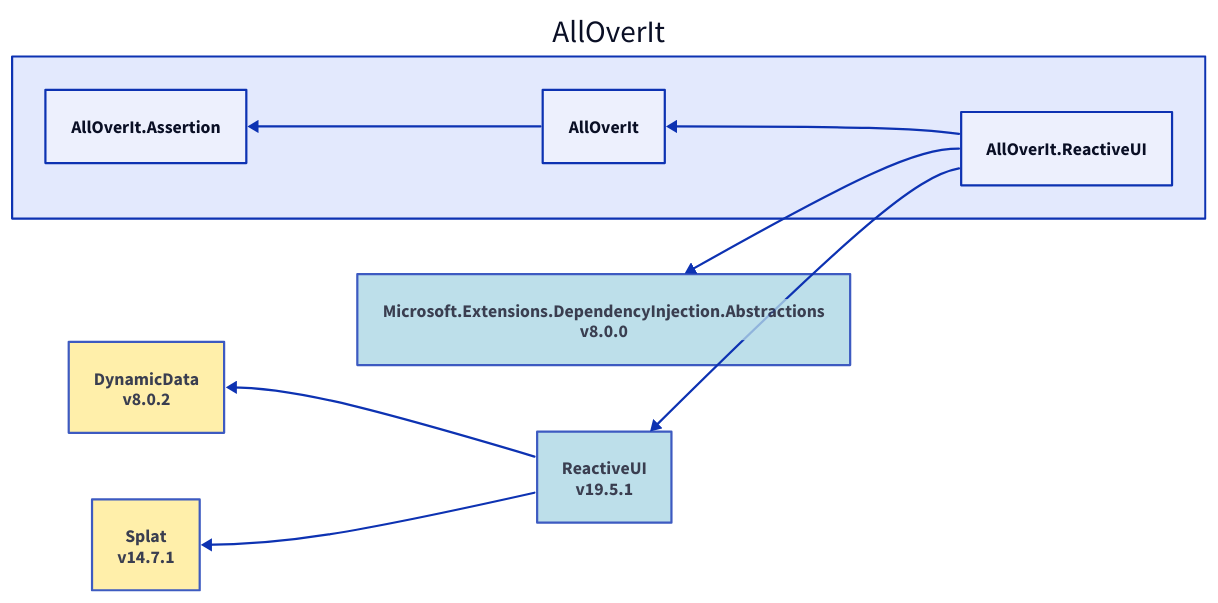
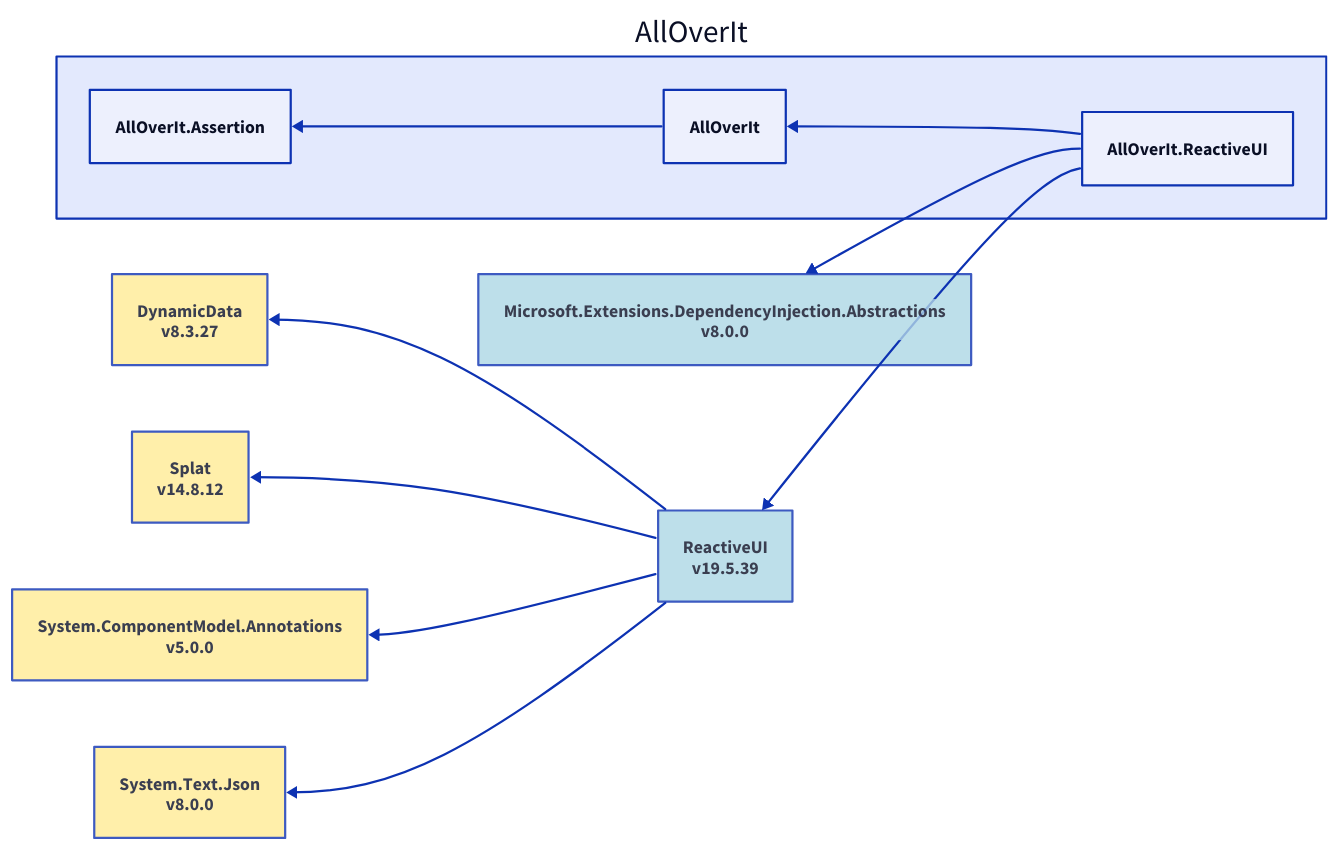
The diagram in Docs/Reference/Content/images/dependencies/net8.0/alloverit-reactiveui.d2 (mjfreelancing/AllOverIt), drawn with D2 before and after one commit. The commit also changed 56 other files, not shown here.

```diff
--- a/Docs/Reference/Content/images/dependencies/net8.0/alloverit-reactiveui.d2
+++ b/Docs/Reference/Content/images/dependencies/net8.0/alloverit-reactiveui.d2
@@ -1,24 +1,32 @@
 direction: left
 
 aoi: AllOverIt
 aoi.alloverit-reactiveui: AllOverIt.ReactiveUI
 microsoft-extensions-dependencyinjection-abstractions_8-0-0: Microsoft.Extensions.DependencyInjection.Abstractions\nv8.0.0
 microsoft-extensions-dependencyinjection-abstractions_8-0-0.style.fill: "#ADD8E6"
 microsoft-extensions-dependencyinjection-abstractions_8-0-0.style.opacity: 0.8
 microsoft-extensions-dependencyinjection-abstractions_8-0-0 <- aoi.alloverit-reactiveui
-reactiveui_19-5-1: ReactiveUI\nv19.5.1
-reactiveui_19-5-1.style.fill: "#ADD8E6"
-reactiveui_19-5-1.style.opacity: 0.8
-dynamicdata_8-0-2: DynamicData\nv8.0.2
-dynamicdata_8-0-2.style.fill: "#FFEC96"
-dynamicdata_8-0-2.style.opacity: 0.8
-dynamicdata_8-0-2 <- reactiveui_19-5-1
-splat_14-7-1: Splat\nv14.7.1
-splat_14-7-1.style.fill: "#FFEC96"
-splat_14-7-1.style.opacity: 0.8
-splat_14-7-1 <- reactiveui_19-5-1
-reactiveui_19-5-1 <- aoi.alloverit-reactiveui
+reactiveui_19-5-39: ReactiveUI\nv19.5.39
+reactiveui_19-5-39.style.fill: "#ADD8E6"
+reactiveui_19-5-39.style.opacity: 0.8
+dynamicdata_8-3-27: DynamicData\nv8.3.27
+dynamicdata_8-3-27.style.fill: "#FFEC96"
+dynamicdata_8-3-27.style.opacity: 0.8
+dynamicdata_8-3-27 <- reactiveui_19-5-39
+splat_14-8-12: Splat\nv14.8.12
+splat_14-8-12.style.fill: "#FFEC96"
+splat_14-8-12.style.opacity: 0.8
+splat_14-8-12 <- reactiveui_19-5-39
+system-componentmodel-annotations_5-0-0: System.ComponentModel.Annotations\nv5.0.0
+system-componentmodel-annotations_5-0-0.style.fill: "#FFEC96"
+system-componentmodel-annotations_5-0-0.style.opacity: 0.8
+system-componentmodel-annotations_5-0-0 <- reactiveui_19-5-39
+system-text-json_8-0-0: System.Text.Json\nv8.0.0
+system-text-json_8-0-0.style.fill: "#FFEC96"
+system-text-json_8-0-0.style.opacity: 0.8
+system-text-json_8-0-0 <- reactiveui_19-5-39
+reactiveui_19-5-39 <- aoi.alloverit-reactiveui
 aoi.alloverit: AllOverIt
 aoi.alloverit-assertion: AllOverIt.Assertion
 aoi.alloverit-assertion <- aoi.alloverit
 aoi.alloverit <- aoi.alloverit-reactiveui
```
